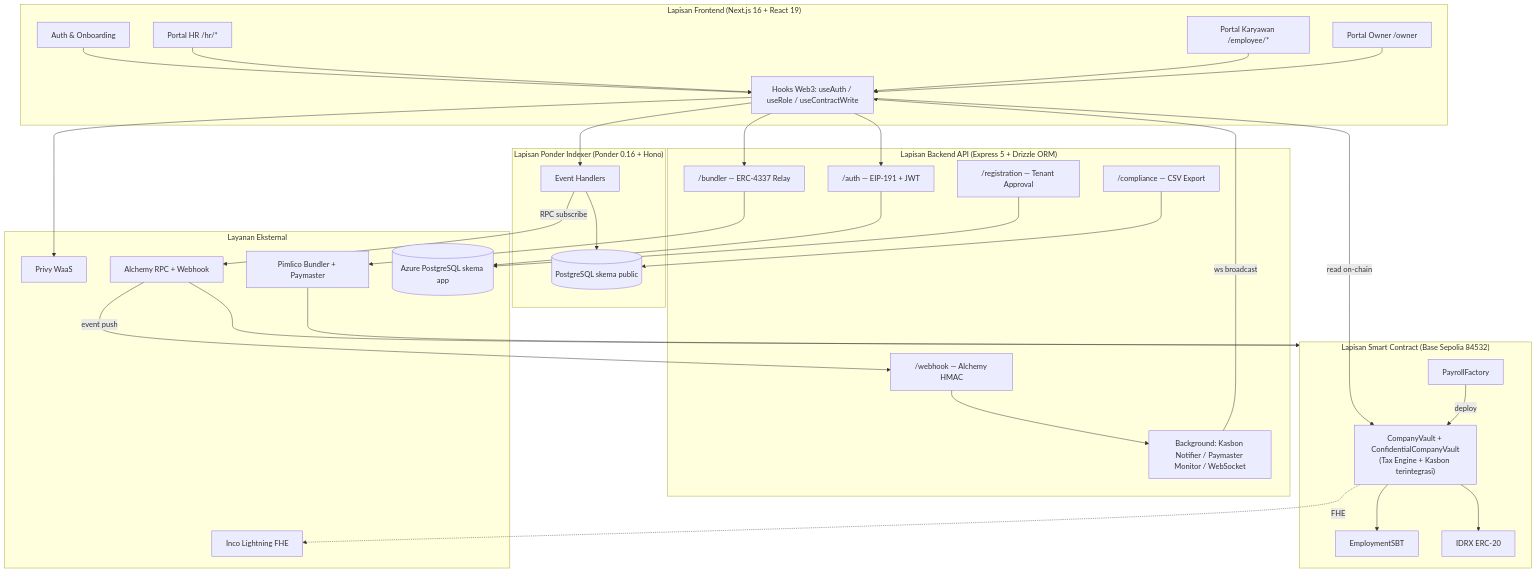
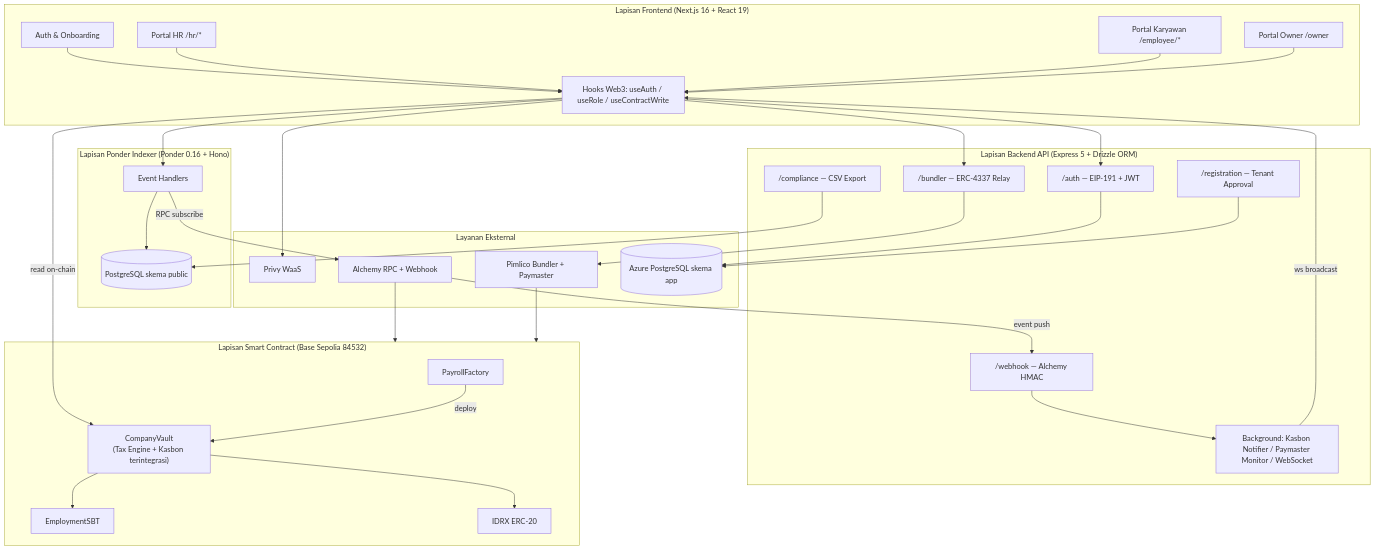
Before and after one commit to skripsi-payroll-dapp/docs: the first of 46 diagrams in docs/DPPL.md, drawn with Mermaid. The commit also changed other lines of this file and 54 other files, not shown here.

````diff
--- a/docs/DPPL.md
+++ b/docs/DPPL.md
@@ -124,67 +122,65 @@
 ```mermaid
 graph TD
     subgraph Klien["Lapisan Frontend (Next.js 16 + React 19)"]
         FE_AUTH["Auth & Onboarding"]
         FE_HR["Portal HR /hr/*"]
         FE_EMP["Portal Karyawan /employee/*"]
         FE_OWNER["Portal Owner /owner"]
         HOOKS["Hooks Web3: useAuth / useRole / useContractWrite"]
     end
 
     subgraph Backend["Lapisan Backend API (Express 5 + Drizzle ORM)"]
         API_AUTH["/auth — EIP-191 + JWT"]
         API_BUNDLER["/bundler — ERC-4337 Relay"]
         API_COMP["/compliance — CSV Export"]
         API_REG["/registration — Tenant Approval"]
         API_WH["/webhook — Alchemy HMAC"]
         SVC["Background: Kasbon Notifier / Paymaster Monitor / WebSocket"]
     end
 
     subgraph Indexer["Lapisan Ponder Indexer (Ponder 0.16 + Hono)"]
         PONDER["Event Handlers"]
         PDB[("PostgreSQL skema public")]
     end
 
     subgraph Chain["Lapisan Smart Contract (Base Sepolia 84532)"]
         FACTORY["PayrollFactory"]
-        VAULT["CompanyVault + ConfidentialCompanyVault\n(Tax Engine + Kasbon terintegrasi)"]
+        VAULT["CompanyVault\n(Tax Engine + Kasbon terintegrasi)"]
         SBT["EmploymentSBT"]
         IDRX["IDRX ERC-20"]
     end
 
     subgraph External["Layanan Eksternal"]
         PRIVY["Privy WaaS"]
         ALCHEMY["Alchemy RPC + Webhook"]
         PIMLICO["Pimlico Bundler + Paymaster"]
-        INCO["Inco Lightning FHE"]
         ADB[("Azure PostgreSQL skema app")]
     end
 
     FE_AUTH --> HOOKS
     FE_HR --> HOOKS
     FE_EMP --> HOOKS
     FE_OWNER --> HOOKS
     HOOKS --> PRIVY
     HOOKS --> API_AUTH
     HOOKS --> API_BUNDLER
     HOOKS --> PONDER
     HOOKS -->|read on-chain| VAULT
 
     API_AUTH --> ADB
     API_BUNDLER --> PIMLICO
     API_COMP --> PDB
     API_REG --> ADB
     API_WH --> SVC
     SVC -->|ws broadcast| HOOKS
     ALCHEMY -->|event push| API_WH
 
     PONDER -->|RPC subscribe| ALCHEMY
     ALCHEMY --> Chain
     PONDER --> PDB
 
     FACTORY -->|deploy| VAULT
     VAULT --> SBT
     VAULT --> IDRX
-    VAULT -.FHE.-> INCO
     PIMLICO --> Chain
 ```
````
